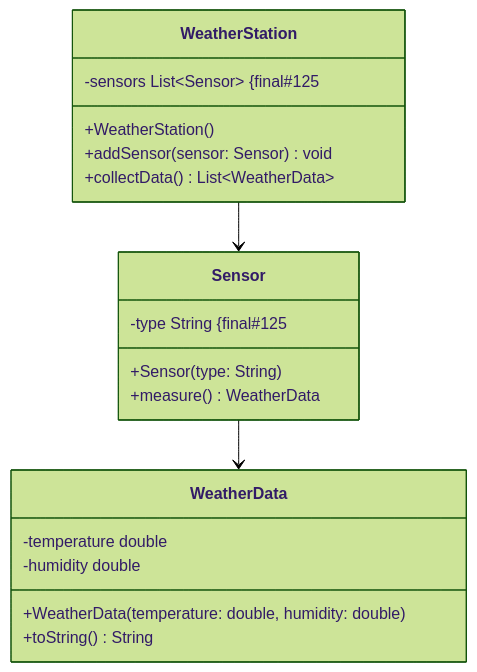
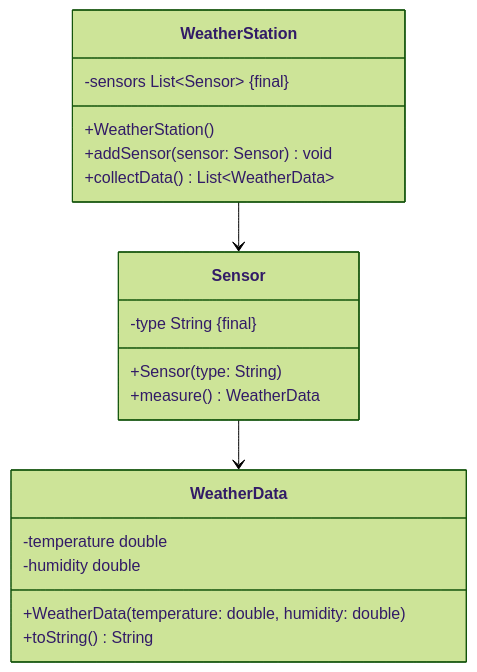
One commit to wielandjan/java_helloWorld_1 changed the fifth of 5 diagrams in scr/exercises/Programmieren1/SampleExam/ReadMe.md. Above: the diagram before and after it, drawn with Mermaid (forest theme). The commit also changed other lines of this file and 4 other files, not shown here.

````diff
--- a/scr/exercises/Programmieren1/SampleExam/ReadMe.md
+++ b/scr/exercises/Programmieren1/SampleExam/ReadMe.md
@@ -167,25 +168,25 @@
 ```mermaid
 classDiagram
     class WeatherStation {
-        -sensors List~Sensor~ #123;final#125
+        -sensors List~Sensor~ #123;final#125;
         +WeatherStation()
         +addSensor(sensor: Sensor) void
         +collectData() List~WeatherData~
     }
 
     class Sensor {
-        -type String #123;final#125
+        -type String #123;final#125;
         +Sensor(type: String)
         +measure() WeatherData
     }
 
     class WeatherData {
         -temperature double
         -humidity double
         +WeatherData(temperature: double, humidity: double)
         +toString() String
     }
 
     WeatherStation --> Sensor
     Sensor --> WeatherData
 ```
````
